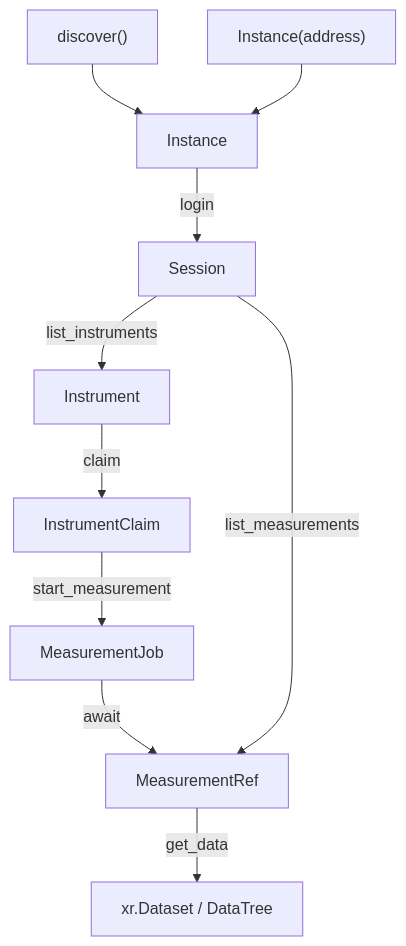
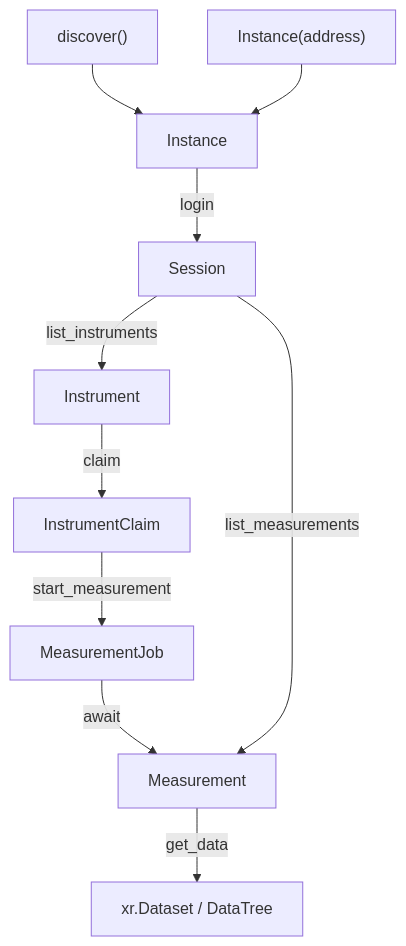
The diagram in python/docs/zensical/lablink/concept.md (PalmSens/PalmSens_SDK), drawn with Mermaid before and after one commit. The commit also changed other lines of this file and 6 other files, not shown here.

Commit message:
Rename MeasurementRef -> Measurement

````diff
--- a/python/docs/zensical/lablink/concept.md
+++ b/python/docs/zensical/lablink/concept.md
@@ -37,12 +37,12 @@
 ```mermaid
 flowchart TD
     D["discover()"] --> I[Instance]
     A["Instance(address)"] --> I
     I -- login --> S[Session]
     S -- list_instruments --> IN[Instrument]
     IN -- claim --> C[InstrumentClaim]
     C -- start_measurement --> J[MeasurementJob]
-    J -- await --> MR[MeasurementRef]
+    J -- await --> MR[Measurement]
     S -- list_measurements --> MR
     MR -- get_data --> M["xr.Dataset / DataTree"]
 ```
````
